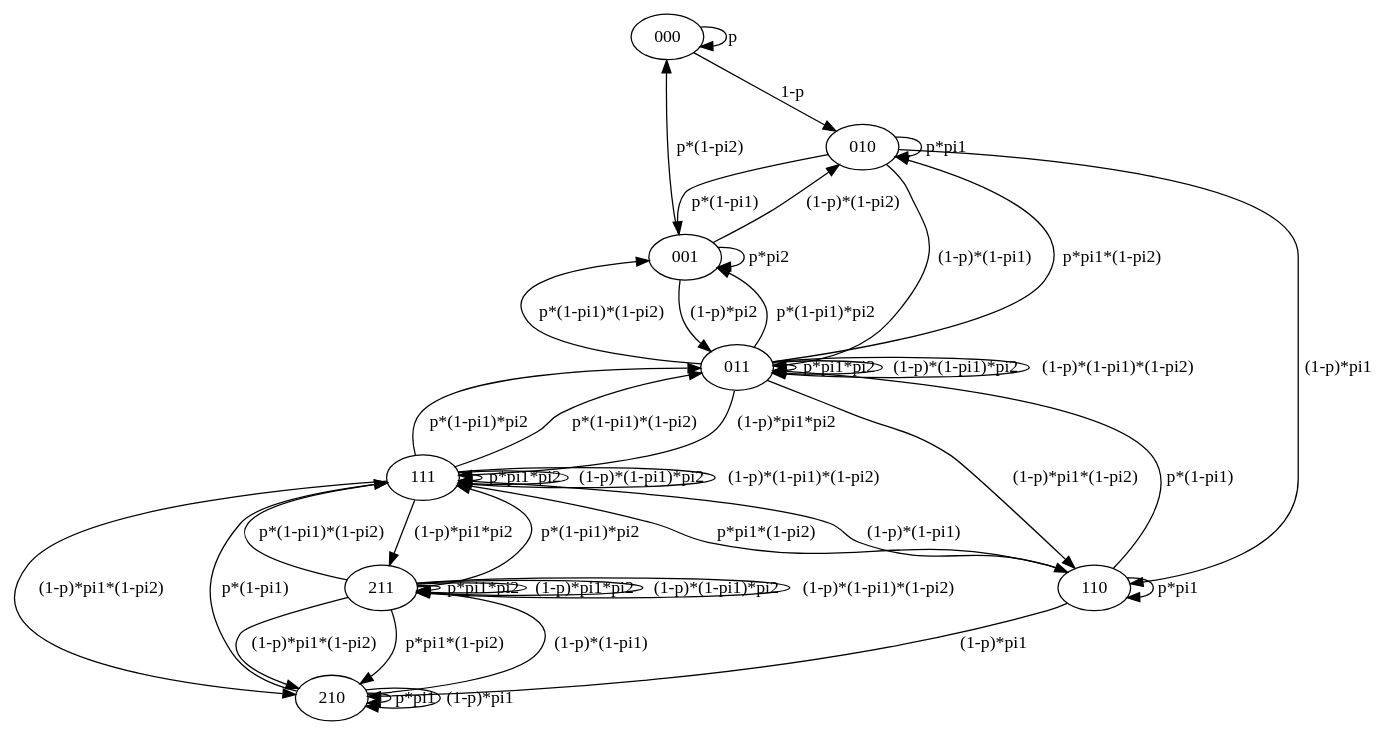
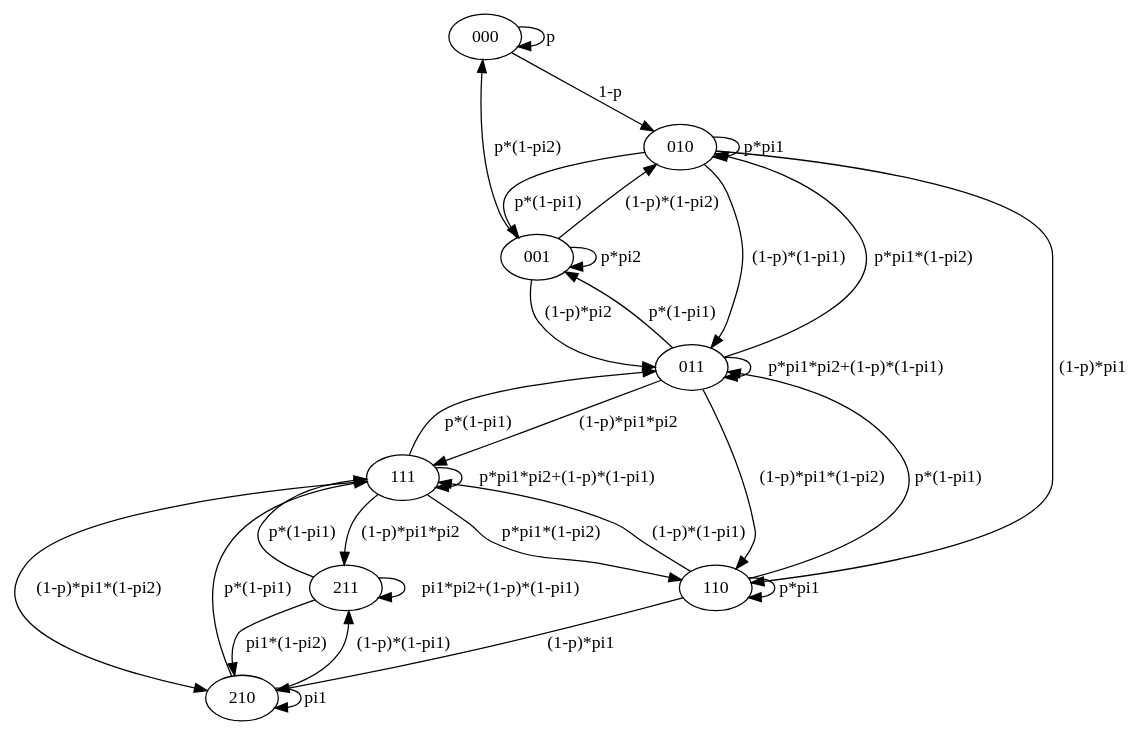
The diagram in graph.dot (antonstakhouski/my-random), drawn with Graphviz before and after one commit. The commit also changed 1 other file, not shown here.

```diff
--- a/graph.dot
+++ b/graph.dot
@@ -1,51 +1,39 @@
 digraph graphname {
-    000 -> 000 [label=p];
-    000 -> 010 [label="1-p"];
+    000 -> 000 [label="p"]
+    000 -> 010 [label="1-p"]
 
     001 -> 001 [label="p*pi2"]
     001 -> 000 [label="p*(1-pi2)"]
     001 -> 011 [label="(1-p)*pi2"]
     001 -> 010 [label="(1-p)*(1-pi2)"]
 
-    010 -> 010 [label="p*pi1"];
-    010 -> 001 [label="p*(1-pi1)"];
-    010 -> 110 [label="(1-p)*pi1"];
-    010 -> 011 [label="(1-p)*(1-pi1)"];
+    010 -> 010 [label="p*pi1"]
+    010 -> 001 [label="p*(1-pi1)"]
+    010 -> 110 [label="(1-p)*pi1"]
+    010 -> 011 [label="(1-p)*(1-pi1)"]
 
-    011 -> 011 [label="p*pi1*pi2"]
+    011 -> 011 [label="p*pi1*pi2+(1-p)*(1-pi1)"]
     011 -> 010 [label="p*pi1*(1-pi2)"]
-    011 -> 001 [label="p*(1-pi1)*pi2"]
-    011 -> 001 [label="p*(1-pi1)*(1-pi2)"]
+    011 -> 001 [label="p*(1-pi1)"]
     011 -> 111 [label="(1-p)*pi1*pi2"]
     011 -> 110 [label="(1-p)*pi1*(1-pi2)"]
-    011 -> 011 [label="(1-p)*(1-pi1)*pi2"]
-    011 -> 011 [label="(1-p)*(1-pi1)*(1-pi2)"]
 
-    110 -> 110 [label="p*pi1"];
-    110 -> 011 [label="p*(1-pi1)"];
-    110 -> 210 [label="(1-p)*pi1"];
-    110 -> 111 [label="(1-p)*(1-pi1)"];
+    110 -> 110 [label="p*pi1"]
+    110 -> 011 [label="p*(1-pi1)"]
+    110 -> 210 [label="(1-p)*pi1"]
+    110 -> 111 [label="(1-p)*(1-pi1)"]
 
-    111 -> 111 [label="p*pi1*pi2"];
-    111 -> 110 [label="p*pi1*(1-pi2)"];
-    111 -> 011 [label="p*(1-pi1)*pi2"];
-    111 -> 011 [label="p*(1-pi1)*(1-pi2)"];
-    111 -> 211 [label="(1-p)*pi1*pi2"];
-    111 -> 210 [label="(1-p)*pi1*(1-pi2)"];
-    111 -> 111 [label="(1-p)*(1-pi1)*pi2"];
-    111 -> 111 [label="(1-p)*(1-pi1)*(1-pi2)"];
+    111 -> 111 [label="p*pi1*pi2+(1-p)*(1-pi1)"]
+    111 -> 110 [label="p*pi1*(1-pi2)"]
+    111 -> 011 [label="p*(1-pi1)"]
+    111 -> 211 [label="(1-p)*pi1*pi2"]
+    111 -> 210 [label="(1-p)*pi1*(1-pi2)"]
 
-    210 -> 210 [label="p*pi1"];
-    210 -> 111 [label="p*(1-pi1)"];
-    210 -> 210 [label="(1-p)*pi1"];
-    210 -> 211 [label="(1-p)*(1-pi1)"];
+    210 -> 210 [label="pi1"]
+    210 -> 111 [label="p*(1-pi1)"]
+    210 -> 211 [label="(1-p)*(1-pi1)"]
 
-    211 -> 211 [label="p*pi1*pi2"];
-    211 -> 210 [label="p*pi1*(1-pi2)"];
-    211 -> 111 [label="p*(1-pi1)*pi2"];
-    211 -> 111 [label="p*(1-pi1)*(1-pi2)"];
-    211 -> 211 [label="(1-p)*pi1*pi2"];
-    211 -> 210 [label="(1-p)*pi1*(1-pi2)"];
-    211 -> 211 [label="(1-p)*(1-pi1)*pi2"];
-    211 -> 211 [label="(1-p)*(1-pi1)*(1-pi2)"];
+    211 -> 211 [label="pi1*pi2+(1-p)*(1-pi1)"]
+    211 -> 210 [label="pi1*(1-pi2)"]
+    211 -> 111 [label="p*(1-pi1)"]
 }
```
